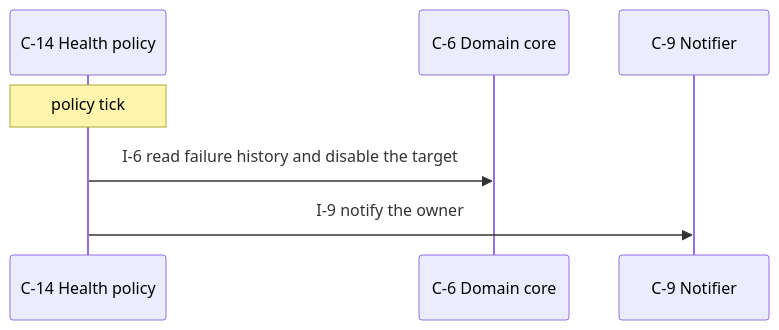
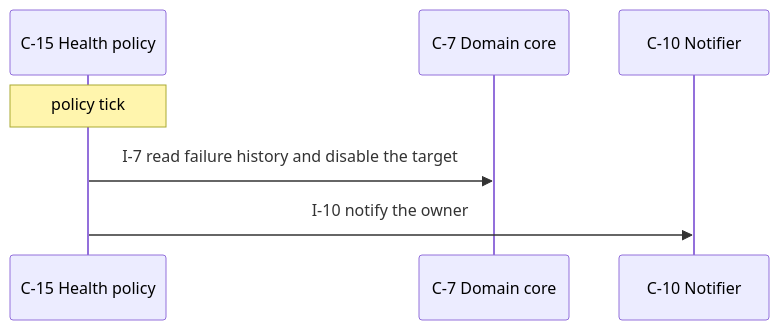
The sixth of 8 diagrams in examples/webhooks/DESIGN.md (yui9696/sekkei), drawn with Mermaid before and after one commit. The commit also changed other lines of this file and 27 other files, not shown here.

````diff
--- a/examples/webhooks/DESIGN.md
+++ b/examples/webhooks/DESIGN.md
@@ -588,9 +667,9 @@
 ```mermaid
 sequenceDiagram
-  participant C_14 as C-14 Health policy
-  participant C_6 as C-6 Domain core
-  participant C_9 as C-9 Notifier
-  Note over C_14: policy tick
-  C_14->>C_6: I-6 read failure history and disable the target
-  C_14->>C_9: I-9 notify the owner
+  participant C_15 as C-15 Health policy
+  participant C_7 as C-7 Domain core
+  participant C_10 as C-10 Notifier
+  Note over C_15: policy tick
+  C_15->>C_7: I-7 read failure history and disable the target
+  C_15->>C_10: I-10 notify the owner
 ```
````
